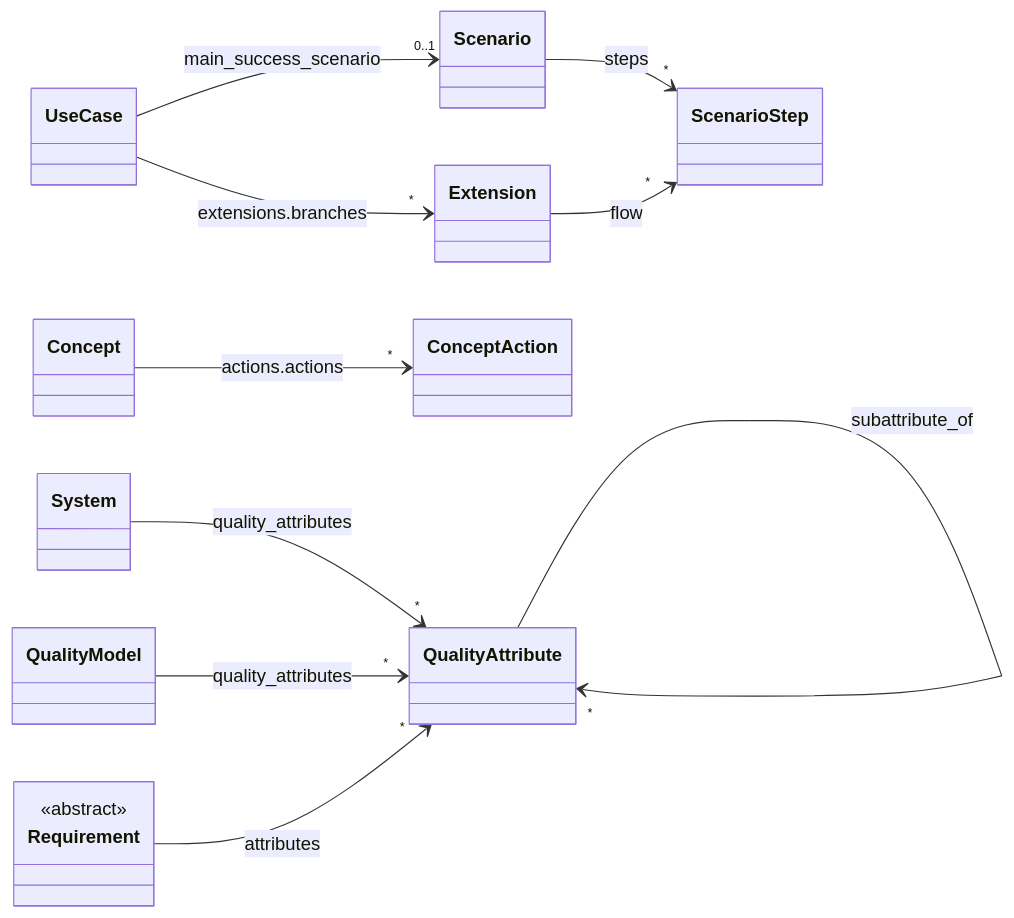
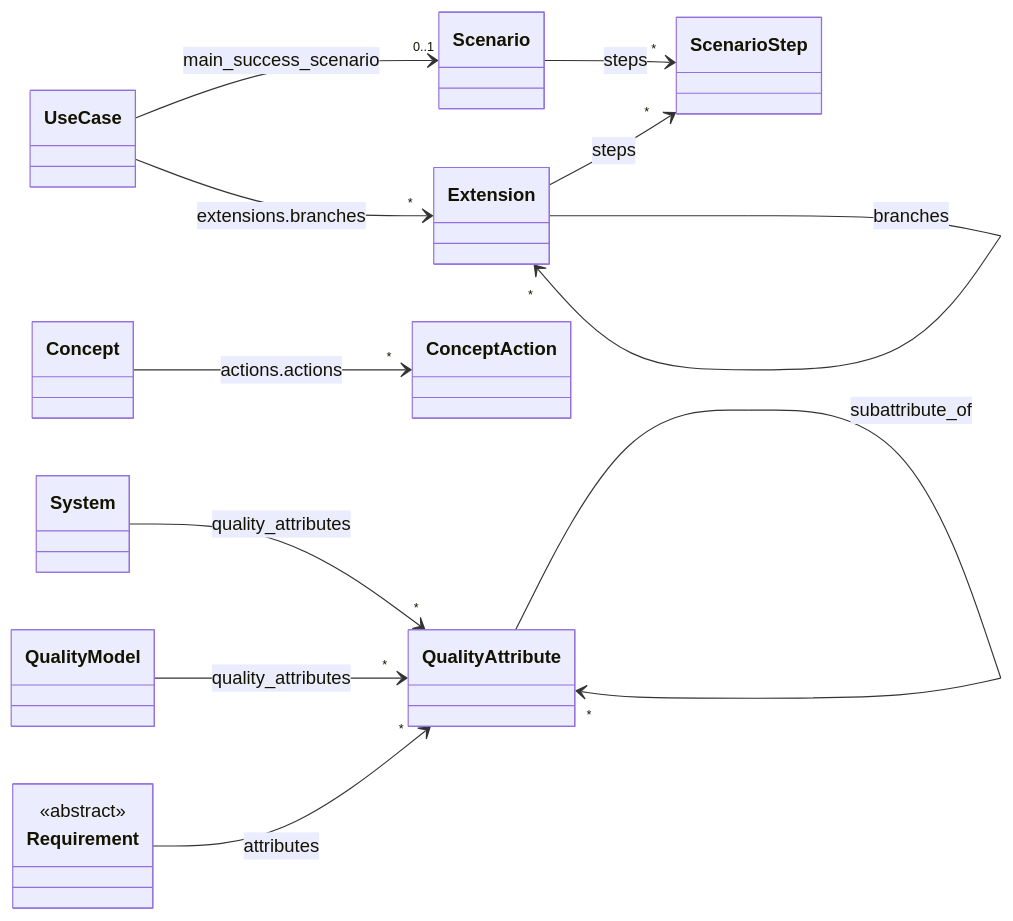
Before and after one commit to craigsmitham/dotspec: the third of 4 diagrams in docs/reference/model/core.md, drawn with Mermaid. The commit also changed other lines of this file and 15 other files, not shown here.

````diff
--- a/docs/reference/model/core.md
+++ b/docs/reference/model/core.md
@@ -71,24 +71,25 @@
 ```mermaid
 classDiagram
     direction LR
     class UseCase
     class Scenario
     class ScenarioStep
     class Extension
     class Concept
     class ConceptAction
     class System
     class QualityModel
     class QualityAttribute
     class Requirement
     <<abstract>> Requirement
     UseCase --> "0..1" Scenario : main_success_scenario
     UseCase --> "*" Extension : extensions.branches
     Scenario --> "*" ScenarioStep : steps
-    Extension --> "*" ScenarioStep : flow
+    Extension --> "*" ScenarioStep : steps
+    Extension --> "*" Extension : branches
     Concept --> "*" ConceptAction : actions.actions
     System --> "*" QualityAttribute : quality_attributes
     QualityModel --> "*" QualityAttribute : quality_attributes
     QualityAttribute --> "*" QualityAttribute : subattribute_of
     Requirement --> "*" QualityAttribute : attributes
 ```
````
